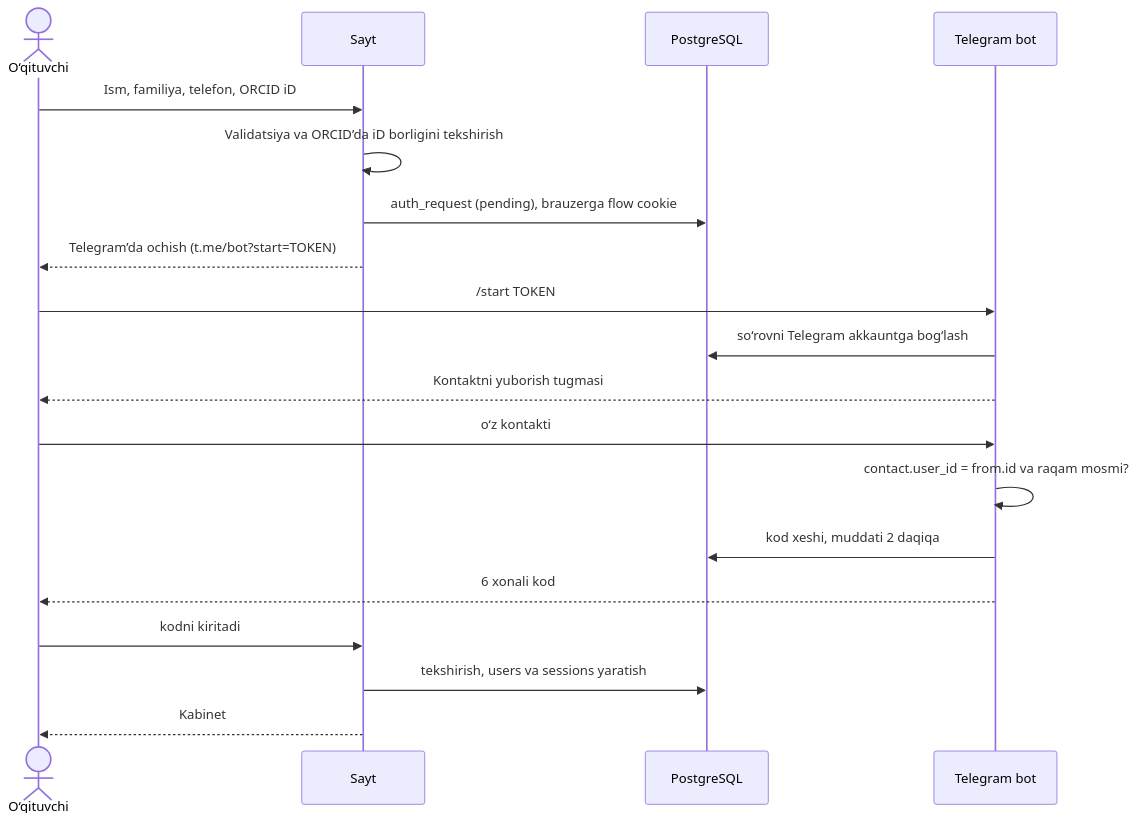
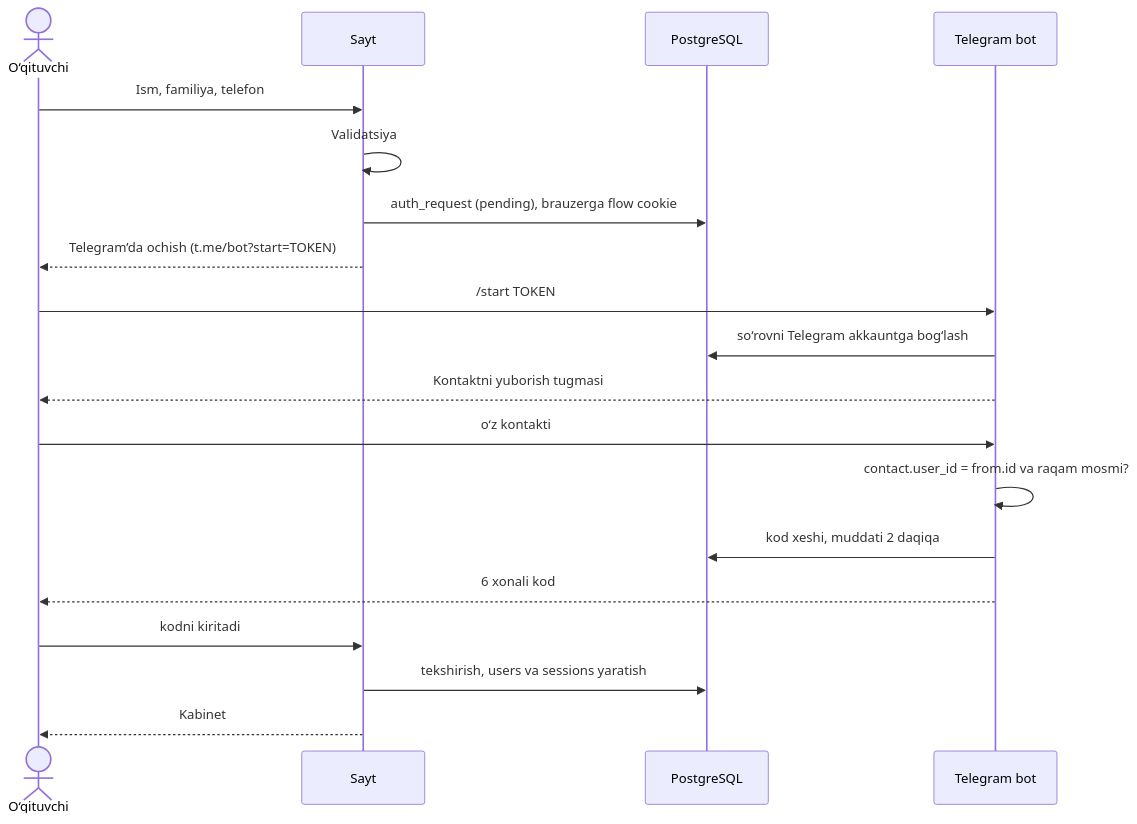
One commit to Mirshodforward/avastmaqola changed the fourth of 5 diagrams in docs/ARCHITECTURE.md. Above: the diagram before and after it, drawn with Mermaid. The commit also changed other lines of this file and 127 other files, not shown here.

````diff
--- a/docs/ARCHITECTURE.md
+++ b/docs/ARCHITECTURE.md
@@ -165,21 +174,21 @@
 ```mermaid
 sequenceDiagram
   actor U as O‘qituvchi
   participant S as Sayt
   participant DB as PostgreSQL
   participant B as Telegram bot
-  U->>S: Ism, familiya, telefon, ORCID iD
-  S->>S: Validatsiya va ORCID’da iD borligini tekshirish
+  U->>S: Ism, familiya, telefon
+  S->>S: Validatsiya
   S->>DB: auth_request (pending), brauzerga flow cookie
   S-->>U: Telegram’da ochish (t.me/bot?start=TOKEN)
   U->>B: /start TOKEN
   B->>DB: so‘rovni Telegram akkauntga bog‘lash
   B-->>U: Kontaktni yuborish tugmasi
   U->>B: o‘z kontakti
   B->>B: contact.user_id = from.id va raqam mosmi?
   B->>DB: kod xeshi, muddati 2 daqiqa
   B-->>U: 6 xonali kod
   U->>S: kodni kiritadi
   S->>DB: tekshirish, users va sessions yaratish
   S-->>U: Kabinet
 ```
````
